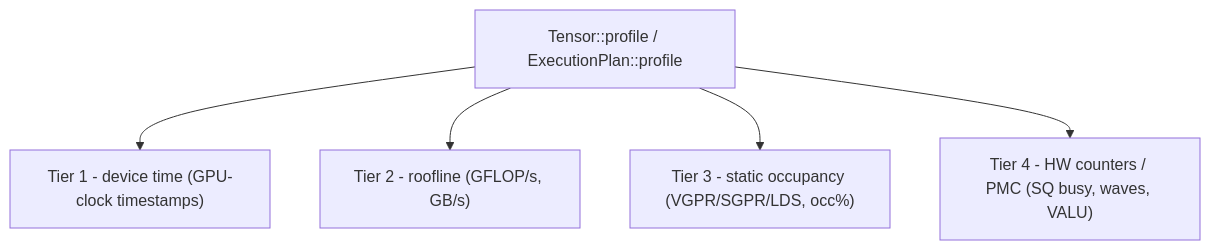
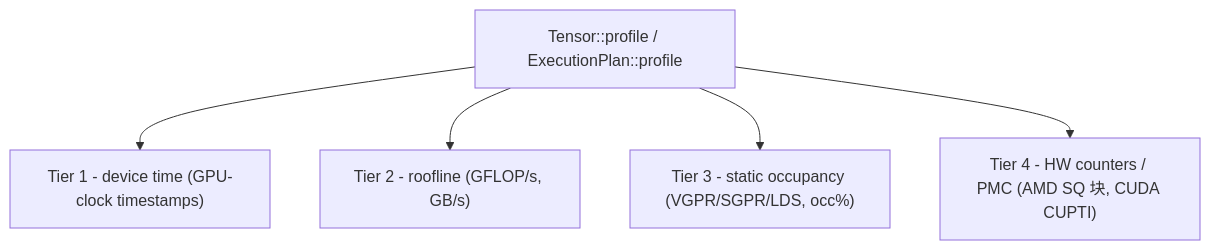
One commit to npatsakula/morok changed the diagram in website/i18n/zh-Hans/docusaurus-plugin-content-docs/current/tile-kernels/profiling.md. Above: the diagram before and after it, drawn with Mermaid. The commit also changed other lines of this file and 12 other files, not shown here.

First line of the commit message:
[*] docs: CUDA hardware counters, and a standalone CUPTI probe

````diff
--- a/website/i18n/zh-Hans/docusaurus-plugin-content-docs/current/tile-kernels/profiling.md
+++ b/website/i18n/zh-Hans/docusaurus-plugin-content-docs/current/tile-kernels/profiling.md
@@ -21,7 +21,7 @@
 ```mermaid
 flowchart TD
   P["Tensor::profile / ExecutionPlan::profile"] --> T1["Tier 1 - device time (GPU-clock timestamps)"]
   P --> T2["Tier 2 - roofline (GFLOP/s, GB/s)"]
   P --> T3["Tier 3 - static occupancy (VGPR/SGPR/LDS, occ%)"]
-  P --> T4["Tier 4 - HW counters / PMC (SQ busy, waves, VALU)"]
+  P --> T4["Tier 4 - HW counters / PMC (AMD SQ 块, CUDA CUPTI)"]
 ```
````
